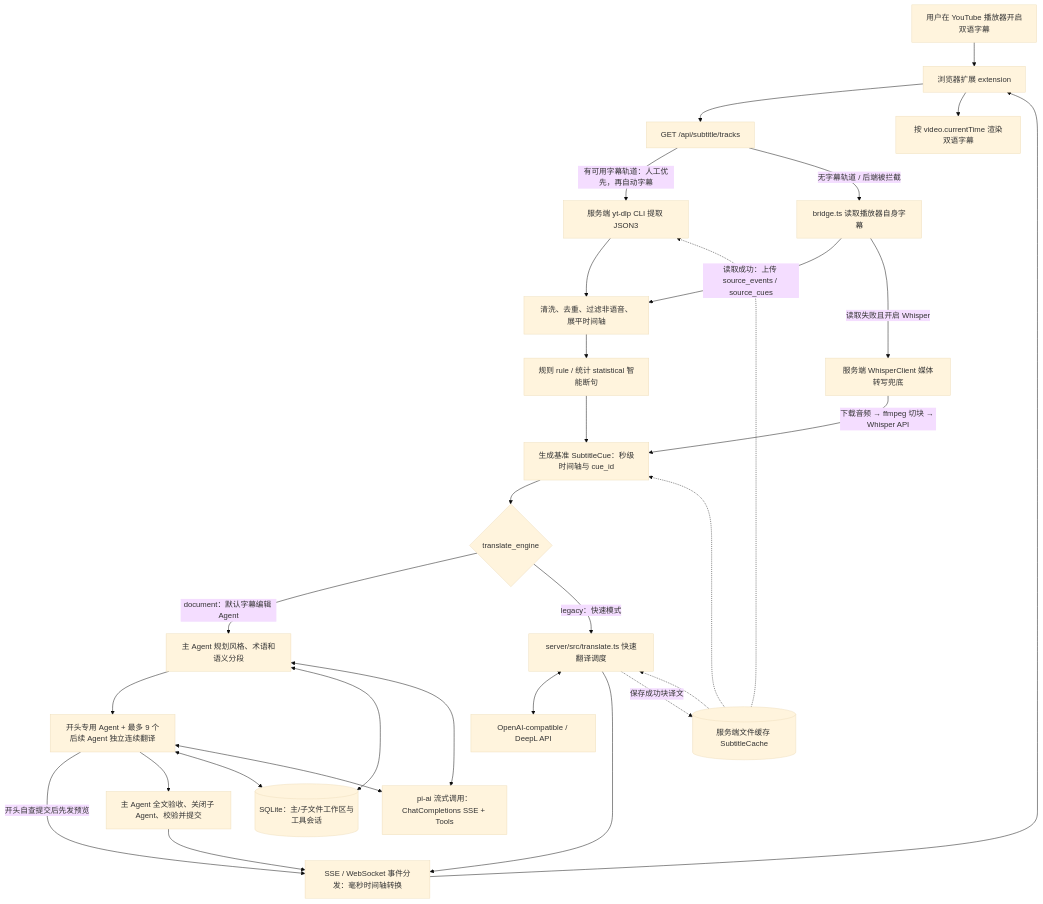
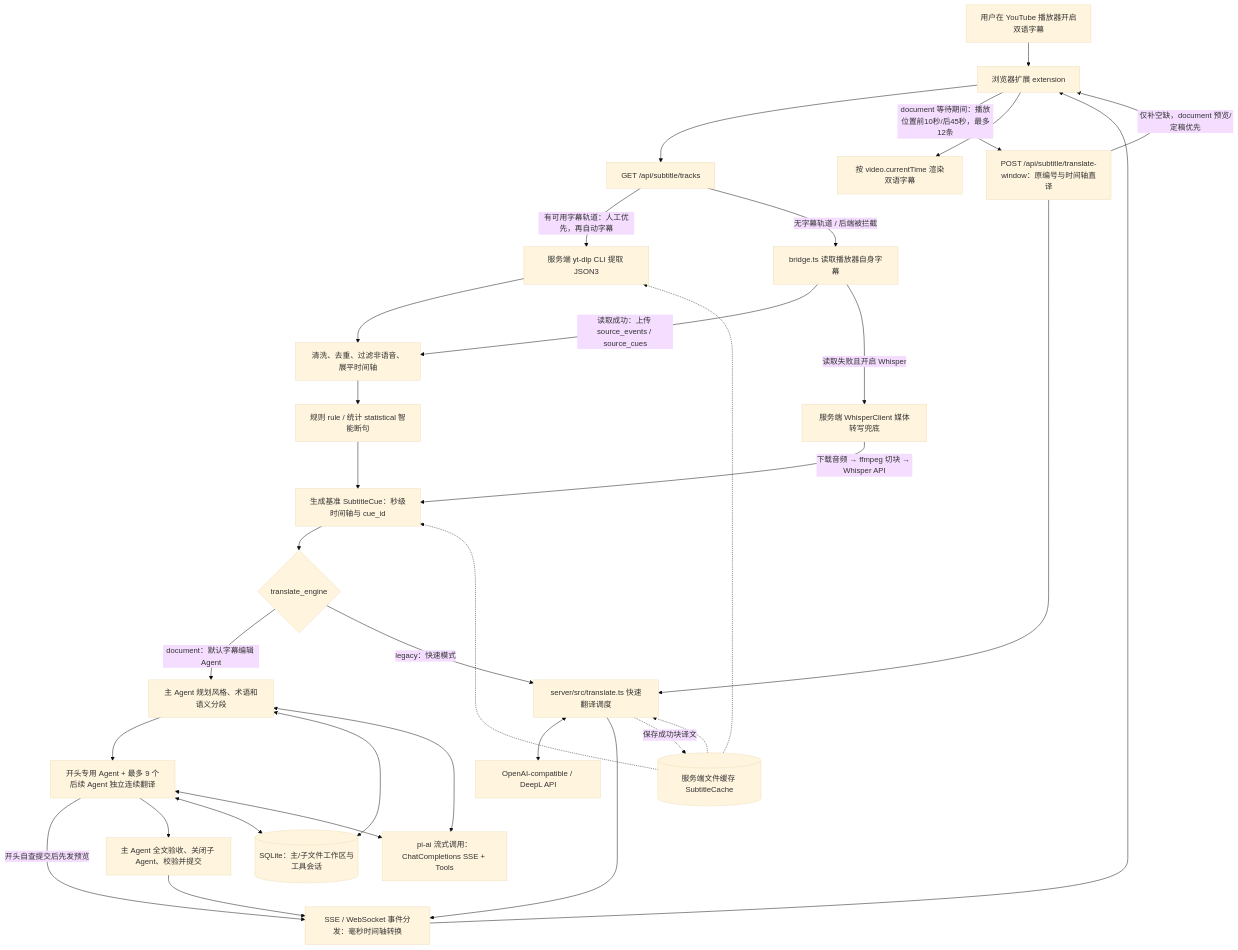
The first of 2 diagrams in docs/translation-architecture.md (midastruth/youtube-translator), drawn with Mermaid (base theme) before and after one commit. The commit also changed other lines of this file and 17 other files, not shown here.

First line of the commit message:
feat: add playback-window translation fallback for document mode

````diff
--- a/docs/translation-architecture.md
+++ b/docs/translation-architecture.md
@@ -11,37 +11,40 @@
 ```mermaid
 flowchart TD
     U[用户在 YouTube 播放器开启双语字幕] --> E[浏览器扩展 extension]
     E --> T[GET /api/subtitle/tracks]
     T -->|有可用字幕轨道：人工优先，再自动字幕| Y[服务端 yt-dlp CLI 提取 JSON3]
     T -->|无字幕轨道 / 后端被拦截| B[bridge.ts 读取播放器自身字幕]
     B -->|读取成功：上传 source_events / source_cues| P[清洗、去重、过滤非语音、展平时间轴]
     Y --> P
     P --> S[规则 rule / 统计 statistical 智能断句]
     S --> C[生成基准 SubtitleCue：秒级时间轴与 cue_id]
     B -->|读取失败且开启 Whisper| W[服务端 WhisperClient 媒体转写兜底]
     W -->|下载音频 → ffmpeg 切块 → Whisper API| C
     
     C --> Q{translate_engine}
     
     Q -->|document：默认字幕编辑 Agent| DW[主 Agent 规划风格、术语和语义分段]
     DW --> CHILD[开头专用 Agent + 最多 9 个后续 Agent 独立连续翻译]
     CHILD -->|开头自查提交后先发预览| SSE
     CHILD --> REVIEW[主 Agent 全文验收、关闭子 Agent、校验并提交]
     DW <--> DB[(SQLite：主/子文件工作区与工具会话)]
     CHILD <--> DB
     DW <--> LLM[pi-ai 流式调用：ChatCompletions SSE + Tools]
     CHILD <--> LLM
     
+    E -->|document 等待期间：播放位置前10秒/后45秒，最多12条| PW[POST /api/subtitle/translate-window：原编号与时间轴直译]
+    PW --> L
+    PW -->|仅补空缺，document 预览/定稿优先| E
     Q -->|legacy：快速模式| L[server/src/translate.ts 快速翻译调度]
     L <--> API[OpenAI-compatible / DeepL API]
     
     REVIEW --> SSE[SSE / WebSocket 事件分发：毫秒时间轴转换]
     L --> SSE
     SSE --> E
     E --> R[按 video.currentTime 渲染双语字幕]
     
     FC[(服务端文件缓存 SubtitleCache)] -.-> Y
     FC -.-> C
     FC -.-> L
     L -.->|保存成功块译文| FC
 ```
````
